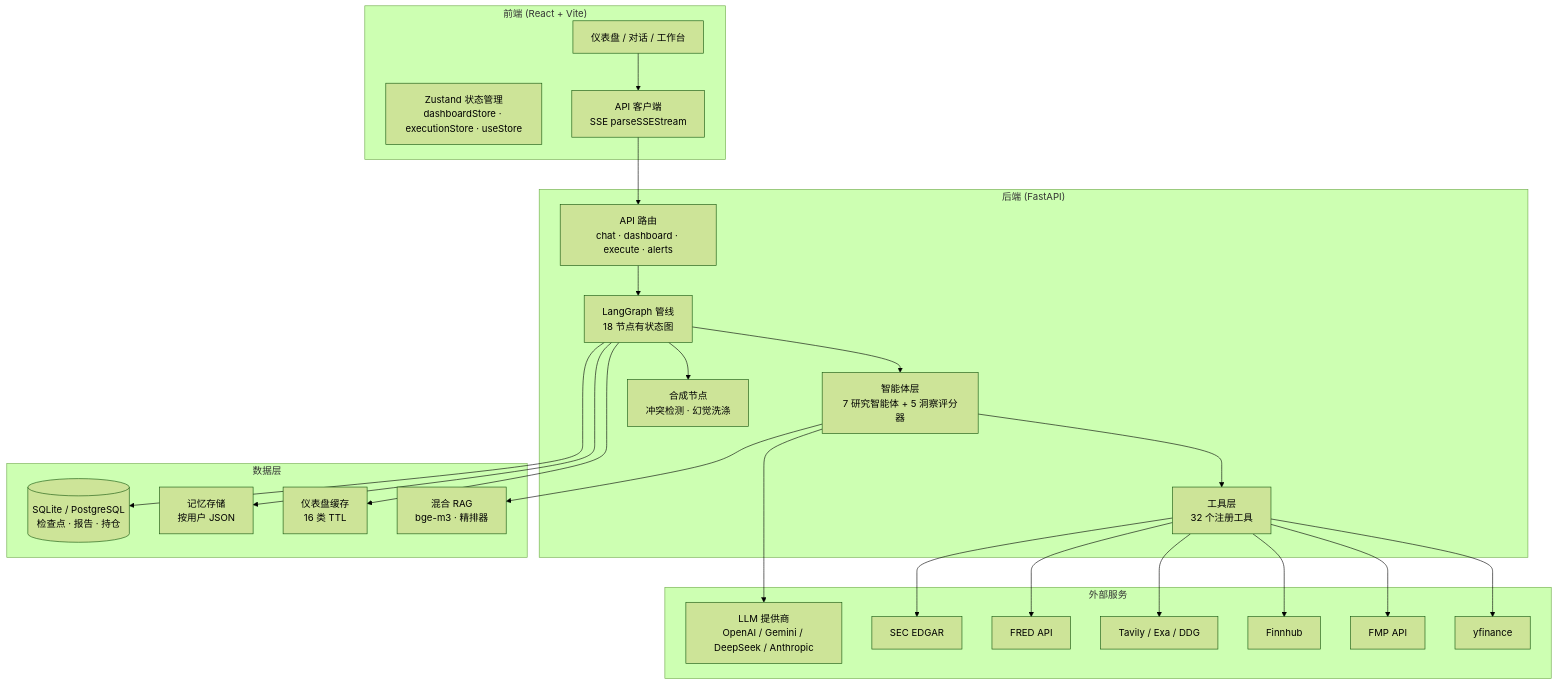
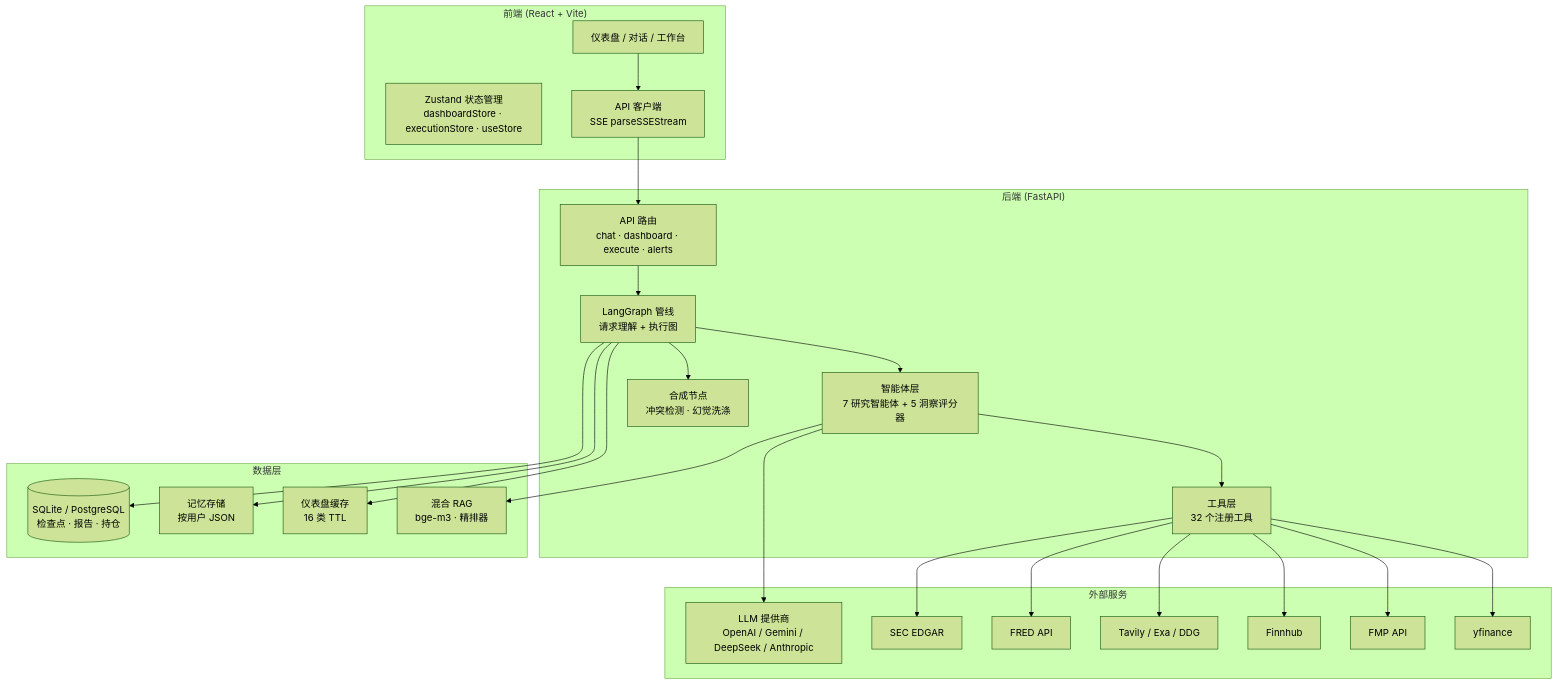
One commit to kkkano/FinSight changed the first of 7 diagrams in readme_cn.md. Above: the diagram before and after it, drawn with Mermaid (forest theme). The commit also changed other lines of this file and 14 other files, not shown here.

````diff
--- a/readme_cn.md
+++ b/readme_cn.md
@@ -202,41 +202,41 @@
 ```mermaid
 graph TB
     subgraph "前端 (React + Vite)"
         UI[仪表盘 / 对话 / 工作台]
         STORE[Zustand 状态管理<br/>dashboardStore · executionStore · useStore]
         API_CLIENT[API 客户端<br/>SSE parseSSEStream]
     end
 
     subgraph "后端 (FastAPI)"
         ROUTER[API 路由<br/>chat · dashboard · execute · alerts]
-        GRAPH[LangGraph 管线<br/>18 节点有状态图]
+        GRAPH[LangGraph 管线<br/>请求理解 + 执行图]
         AGENTS[智能体层<br/>7 研究智能体 + 5 洞察评分器]
         TOOLS[工具层<br/>32 个注册工具]
         SYNTH[合成节点<br/>冲突检测 · 幻觉洗涤]
     end
 
     subgraph "数据层"
         RAG[混合 RAG<br/>bge-m3 · 精排器]
         CACHE[仪表盘缓存<br/>16 类 TTL]
         MEMORY[记忆存储<br/>按用户 JSON]
         DB[(SQLite / PostgreSQL<br/>检查点 · 报告 · 持仓)]
     end
 
     subgraph "外部服务"
         YFINANCE[yfinance]
         FMP[FMP API]
         FINNHUB[Finnhub]
         TAVILY[Tavily / Exa / DDG]
         FRED[FRED API]
         SEC[SEC EDGAR]
         LLM_API[LLM 提供商<br/>OpenAI / Gemini / DeepSeek / Anthropic]
     end
 
     UI --> API_CLIENT --> ROUTER
     ROUTER --> GRAPH --> AGENTS --> TOOLS
     GRAPH --> SYNTH
     TOOLS --> YFINANCE & FMP & FINNHUB & TAVILY & FRED & SEC
     AGENTS --> LLM_API
     AGENTS --> RAG
     GRAPH --> CACHE & MEMORY & DB
 ```
````
